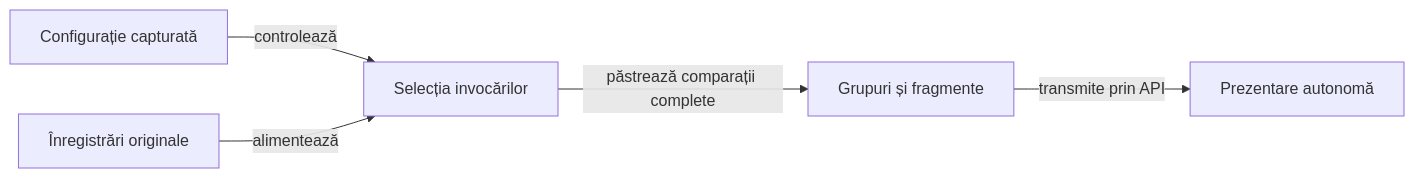
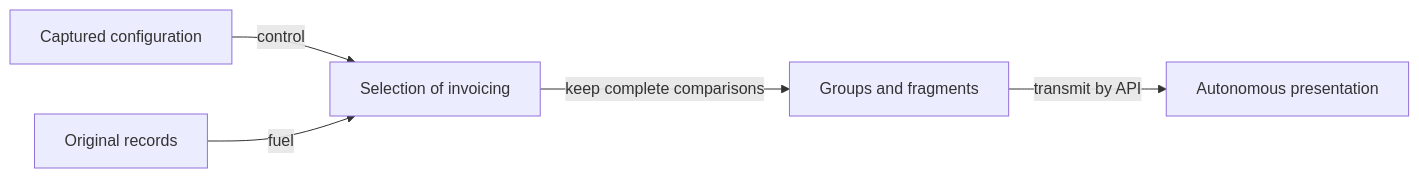
Before and after one commit to crististefanita/atf_j4: the first of 2 diagrams in docs/reporting/ATF_Presentation.md, drawn with Mermaid. The commit also changed other lines of this file and 122 other files, not shown here.

````diff
--- a/docs/reporting/ATF_Presentation.md
+++ b/docs/reporting/ATF_Presentation.md
@@ -19,7 +19,7 @@
 ```mermaid
 flowchart LR
-    CONFIG[Configurație capturată] -->|controlează| SELECT[Selecția invocărilor]
-    INPUT[Înregistrări originale] -->|alimentează| SELECT
-    SELECT -->|păstrează comparații complete| GROUP[Grupuri și fragmente]
-    GROUP -->|transmite prin API| HTML[Prezentare autonomă]
+    CONFIG[Captured configuration] -->|control| SELECT[Selection of invoicing]
+    INPUT[Original records] -->|fuel| SELECT
+    SELECT -->|keep complete comparisons| GROUP[Groups and fragments]
+    GROUP -->|transmit by API| HTML[Autonomous presentation]
 ```
````
